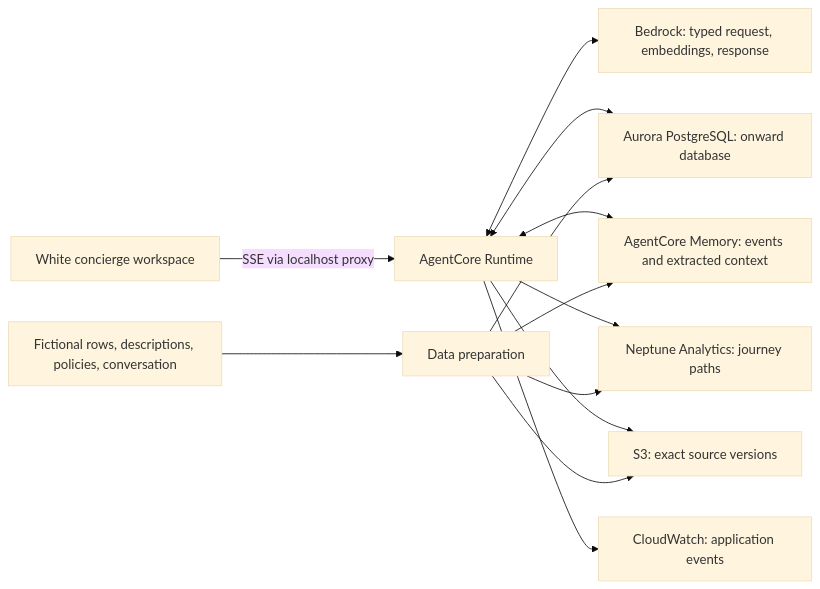
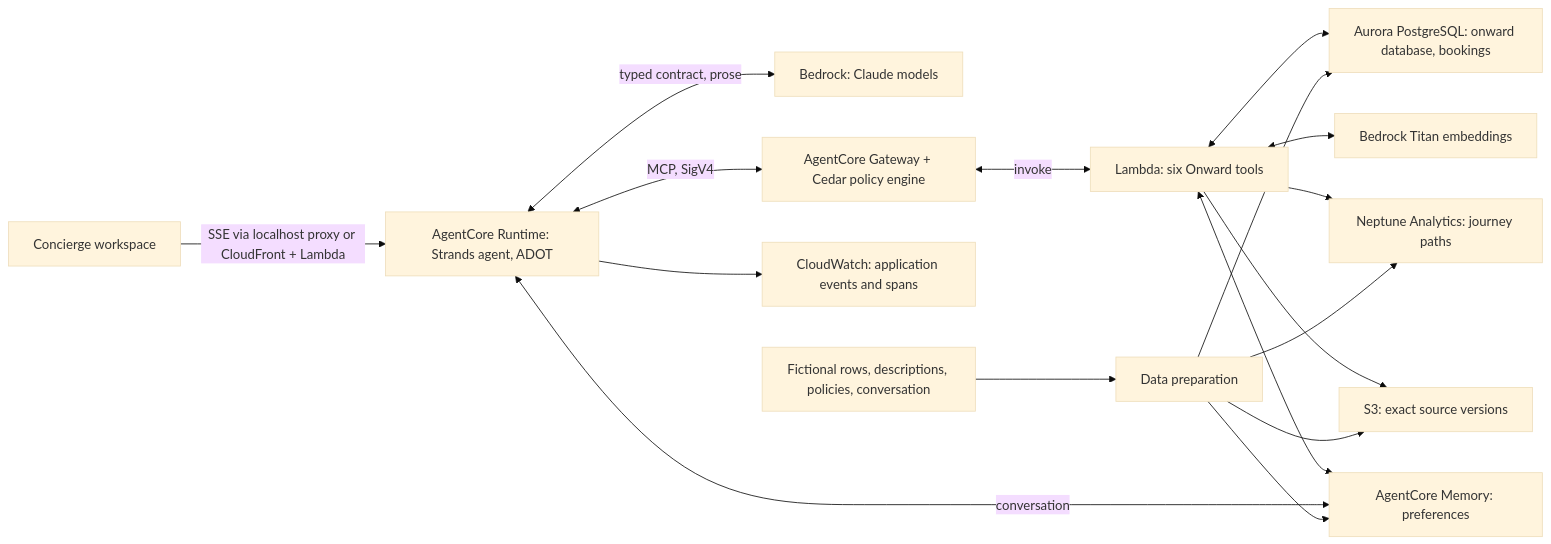
One commit to shayons/onward-london-2026 changed the diagram in ARCHITECTURE.md. Above: the diagram before and after it, drawn with Mermaid (base theme). The commit also changed other lines of this file and 28 other files, not shown here.

````diff
--- a/ARCHITECTURE.md
+++ b/ARCHITECTURE.md
@@ -5,15 +5,19 @@
 ```mermaid
 flowchart LR
-  UI[White concierge workspace] -->|SSE via localhost proxy| Runtime[AgentCore Runtime]
-  Runtime <--> Bedrock[Bedrock: typed request, embeddings, response]
-  Runtime <--> Aurora[Aurora PostgreSQL: onward database]
-  Runtime <--> Memory[AgentCore Memory: events and extracted context]
-  Runtime --> Neptune[Neptune Analytics: journey paths]
-  Runtime --> S3[S3: exact source versions]
-  Runtime --> Logs[CloudWatch: application events]
+  UI[Concierge workspace] -->|SSE via localhost proxy or CloudFront + Lambda| Runtime[AgentCore Runtime: Strands agent, ADOT]
+  Runtime <-->|typed contract, prose| Bedrock[Bedrock: Claude models]
+  Runtime <-->|MCP, SigV4| Gateway[AgentCore Gateway + Cedar policy engine]
+  Gateway <-->|invoke| Tools[Lambda: six Onward tools]
+  Tools <--> Aurora[Aurora PostgreSQL: onward database, bookings]
+  Tools <--> Titan[Bedrock Titan embeddings]
+  Tools --> Neptune[Neptune Analytics: journey paths]
+  Tools --> S3[S3: exact source versions]
+  Tools <--> Memory[AgentCore Memory: preferences]
+  Runtime <-->|conversation| Memory
+  Runtime --> Logs[CloudWatch: application events and spans]
   Raw[Fictional rows, descriptions, policies, conversation] --> Seed[Data preparation]
   Seed --> Aurora
   Seed --> Neptune
   Seed --> S3
   Seed --> Memory
 ```
````
